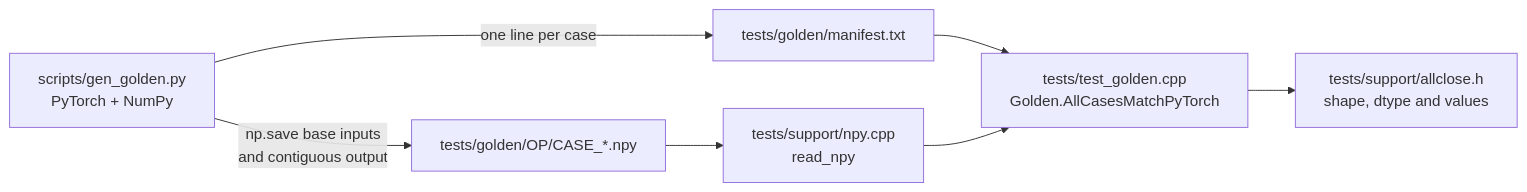
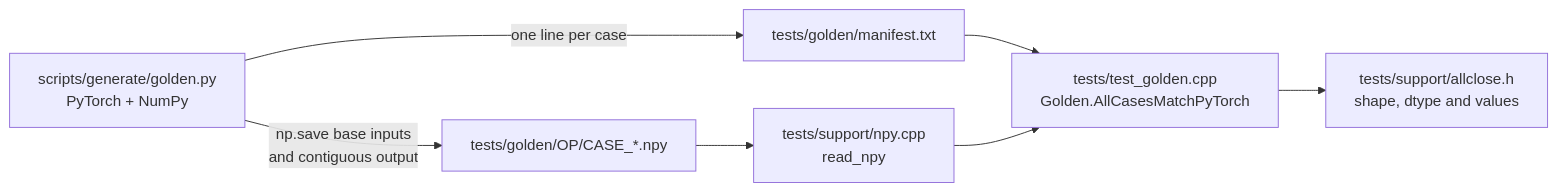
One commit to JetBerri/kael.cpp changed the diagram in docs/05-operations.md. Above: the diagram before and after it, drawn with Mermaid. The commit also changed other lines of this file and 25 other files, not shown here.

Commit message:
refactor(scripts): group the scripts into download, generate and cuda

````diff
--- a/docs/05-operations.md
+++ b/docs/05-operations.md
@@ -458,9 +458,9 @@
 ```mermaid
 flowchart LR
-    G["scripts/gen_golden.py<br/>PyTorch + NumPy"] -->|"np.save base inputs<br/>and contiguous output"| D["tests/golden/OP/CASE_*.npy"]
+    G["scripts/generate/golden.py<br/>PyTorch + NumPy"] -->|"np.save base inputs<br/>and contiguous output"| D["tests/golden/OP/CASE_*.npy"]
     G -->|"one line per case"| M["tests/golden/manifest.txt"]
     M --> T["tests/test_golden.cpp<br/>Golden.AllCasesMatchPyTorch"]
     D --> R["tests/support/npy.cpp<br/>read_npy"]
     R --> T
     T --> A["tests/support/allclose.h<br/>shape, dtype and values"]
 ```
````
